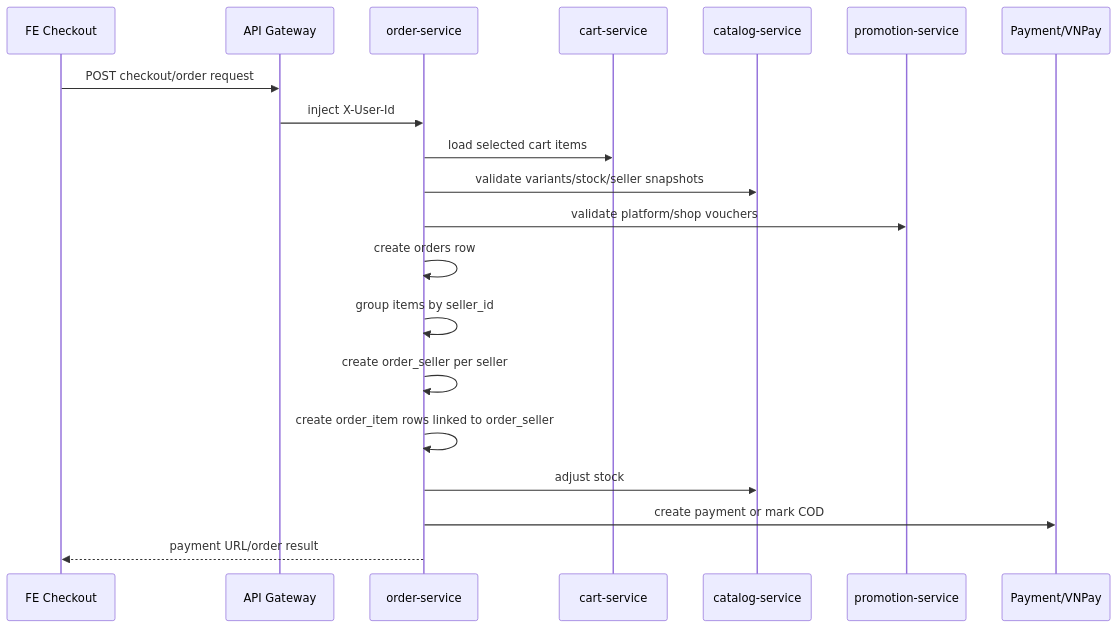
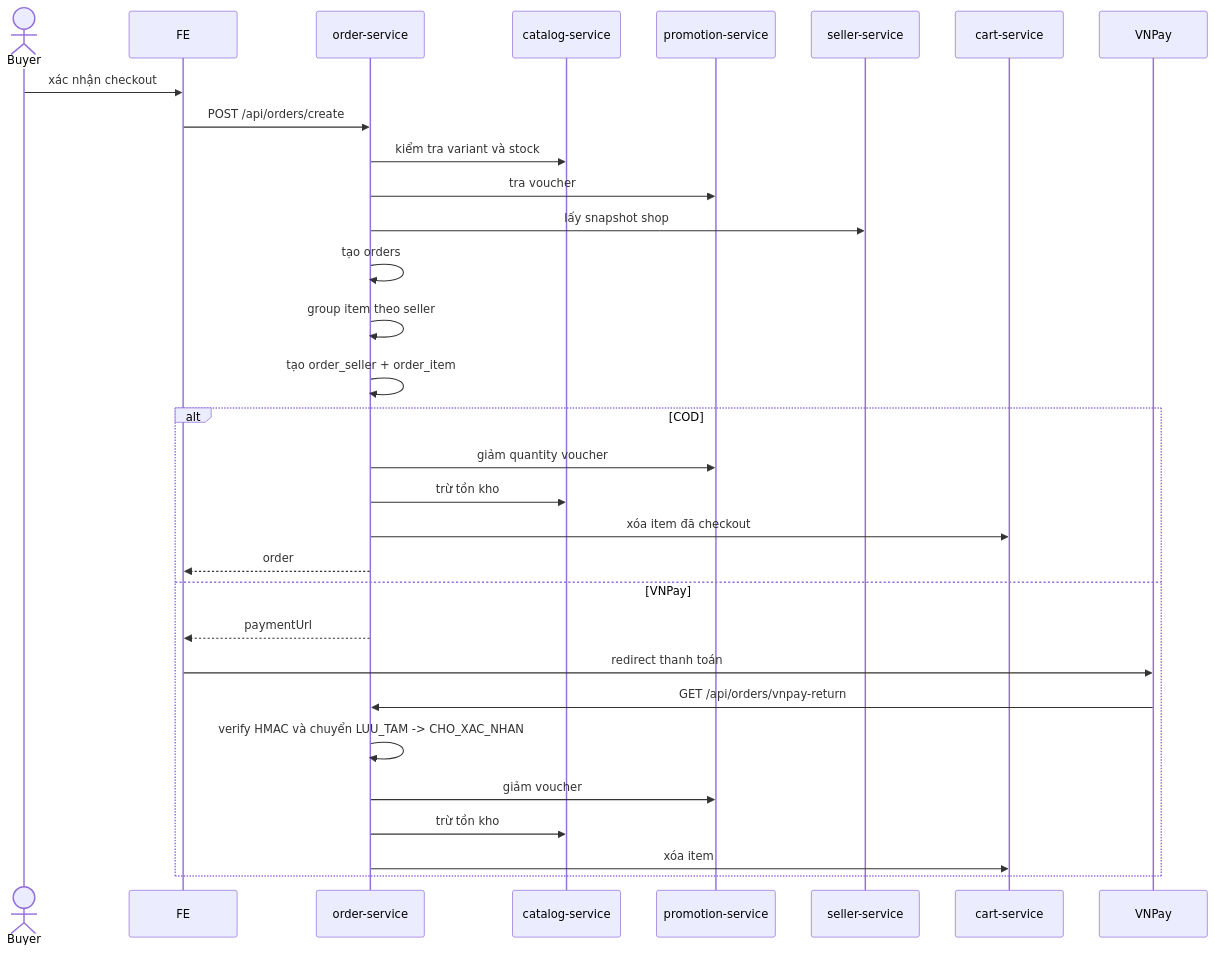
One commit to NguyenDuoc2005/e-commerce changed the fifth of 7 diagrams in HE_THONG_HIEN_TAI_MARKETPLACE.md. Above: the diagram before and after it, drawn with Mermaid. The commit also changed other lines of this file and 65 other files, not shown here.

Commit message:
fix: harden marketplace security and complete full E2E flows

````diff
--- a/HE_THONG_HIEN_TAI_MARKETPLACE.md
+++ b/HE_THONG_HIEN_TAI_MARKETPLACE.md
@@ -1935,23 +420,34 @@
 ```mermaid
 sequenceDiagram
-    participant FE as FE Checkout
-    participant GW as API Gateway
-    participant ORDER as order-service
+    actor B as Buyer
+    participant FE
+    participant O as order-service
+    participant C as catalog-service
+    participant P as promotion-service
+    participant S as seller-service
     participant CART as cart-service
-    participant CAT as catalog-service
-    participant PROMO as promotion-service
-    participant PAY as Payment/VNPay
+    participant V as VNPay
 
-    FE->>GW: POST checkout/order request
-    GW->>ORDER: inject X-User-Id
-    ORDER->>CART: load selected cart items
-    ORDER->>CAT: validate variants/stock/seller snapshots
-    ORDER->>PROMO: validate platform/shop vouchers
-    ORDER->>ORDER: create orders row
-    ORDER->>ORDER: group items by seller_id
-    ORDER->>ORDER: create order_seller per seller
-    ORDER->>ORDER: create order_item rows linked to order_seller
-    ORDER->>CAT: adjust stock
-    ORDER->>PAY: create payment or mark COD
-    ORDER-->>FE: payment URL/order result
+    B->>FE: xác nhận checkout
+    FE->>O: POST /api/orders/create
+    O->>C: kiểm tra variant và stock
+    O->>P: tra voucher
+    O->>S: lấy snapshot shop
+    O->>O: tạo orders
+    O->>O: group item theo seller
+    O->>O: tạo order_seller + order_item
+    alt COD
+        O->>P: giảm quantity voucher
+        O->>C: trừ tồn kho
+        O->>CART: xóa item đã checkout
+        O-->>FE: order
+    else VNPay
+        O-->>FE: paymentUrl
+        FE->>V: redirect thanh toán
+        V->>O: GET /api/orders/vnpay-return
+        O->>O: verify HMAC và chuyển LUU_TAM -> CHO_XAC_NHAN
+        O->>P: giảm voucher
+        O->>C: trừ tồn kho
+        O->>CART: xóa item
+    end
 ```
````
